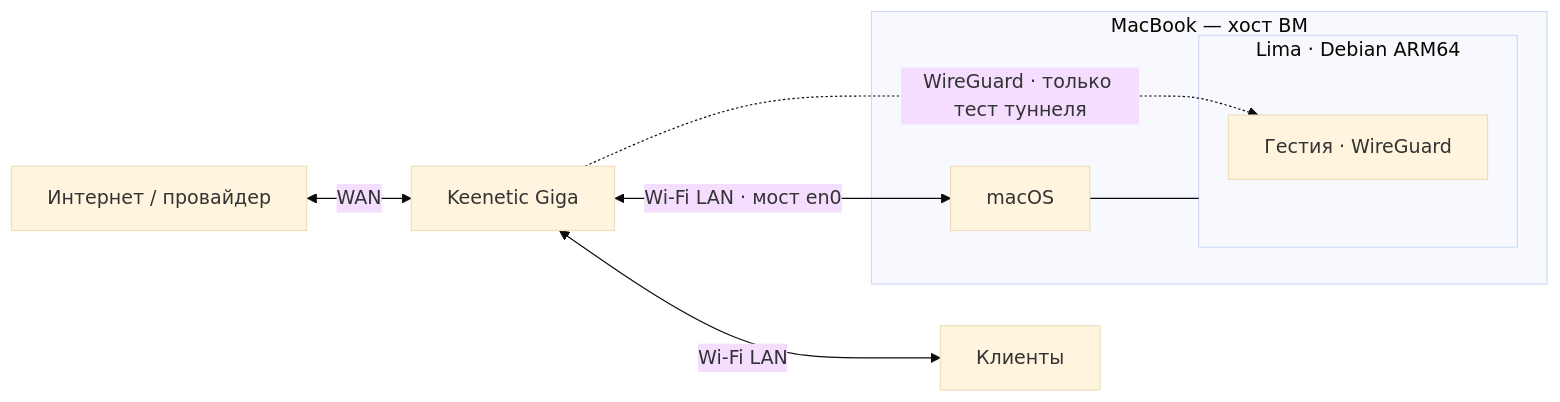
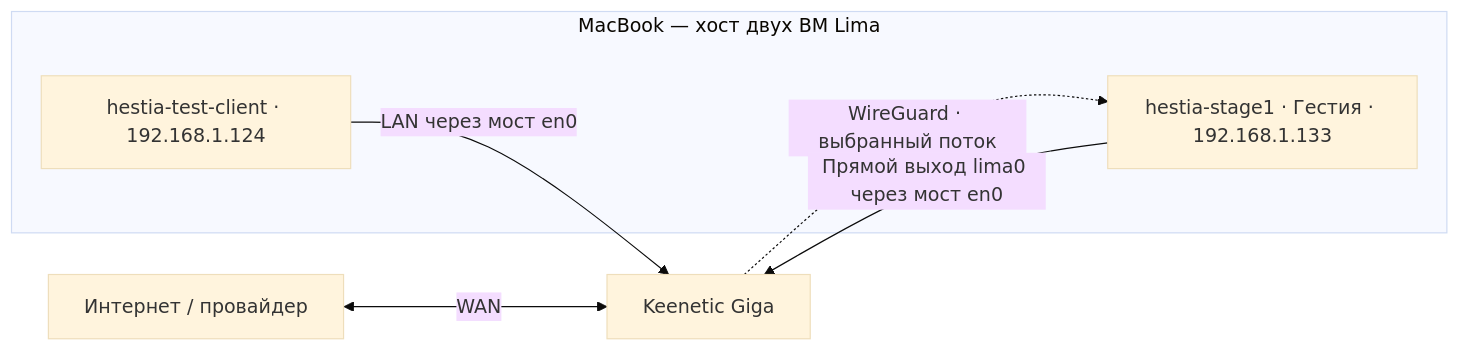
The third of 6 diagrams in docs/architecture.md (Artik-Man/Hestia), drawn with Mermaid (base theme) before and after one commit. The commit also changed other lines of this file and 219 other files, not shown here.

````diff
--- a/docs/architecture.md
+++ b/docs/architecture.md
@@ -44,14 +44,11 @@
 ```mermaid
 flowchart LR
     Net["Интернет / провайдер"] <-->|WAN| R["Keenetic Giga"]
-    R <-->|Wi‑Fi LAN| C["Клиенты"]
-    subgraph Mac["MacBook — хост ВМ"]
-        Host["macOS"]
-        subgraph Lima["Lima · Debian ARM64"]
-            G["Гестия · WireGuard"]
-        end
-        Host --- Lima
+    subgraph Mac["MacBook — хост двух ВМ Lima"]
+        C["hestia-test-client · 192.168.1.124"]
+        G["hestia-stage1 · Гестия · 192.168.1.133"]
     end
-    R <-->|"Wi‑Fi LAN · мост en0"| Host
-    R -.->|"WireGuard · только тест туннеля"| G
+    C -->|"LAN через мост en0"| R
+    R -.->|"WireGuard · выбранный поток"| G
+    G -->|"Прямой выход lima0 через мост en0"| R
 ```
````
